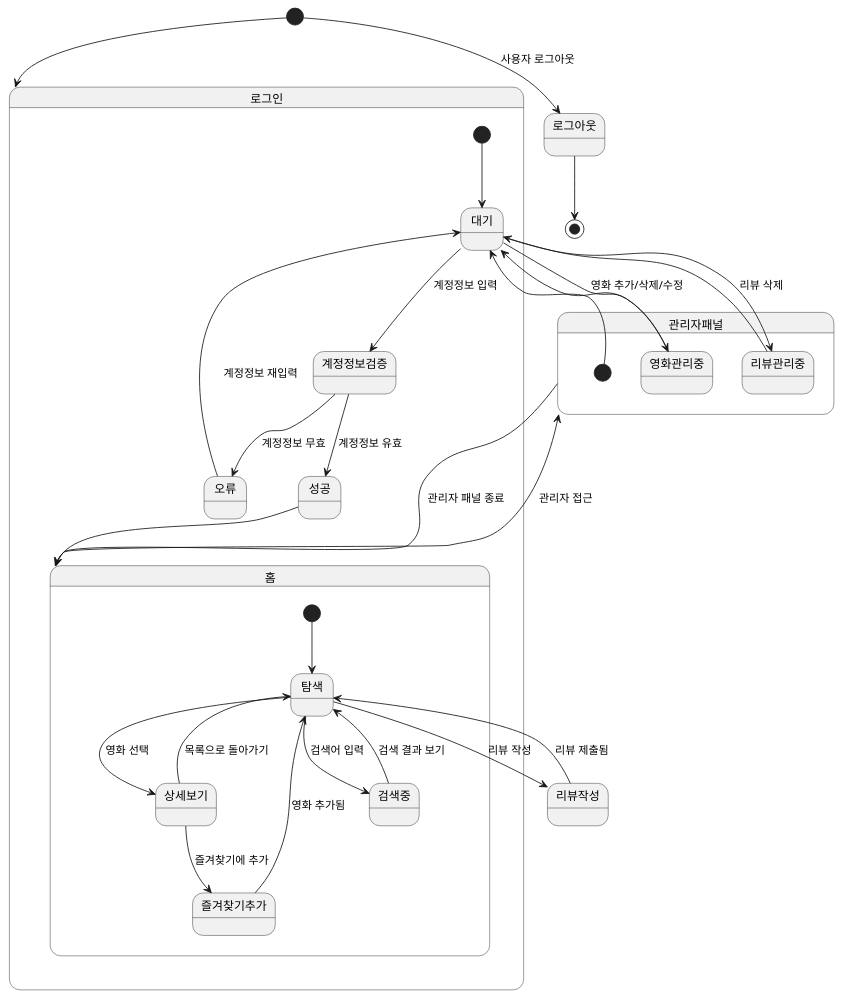
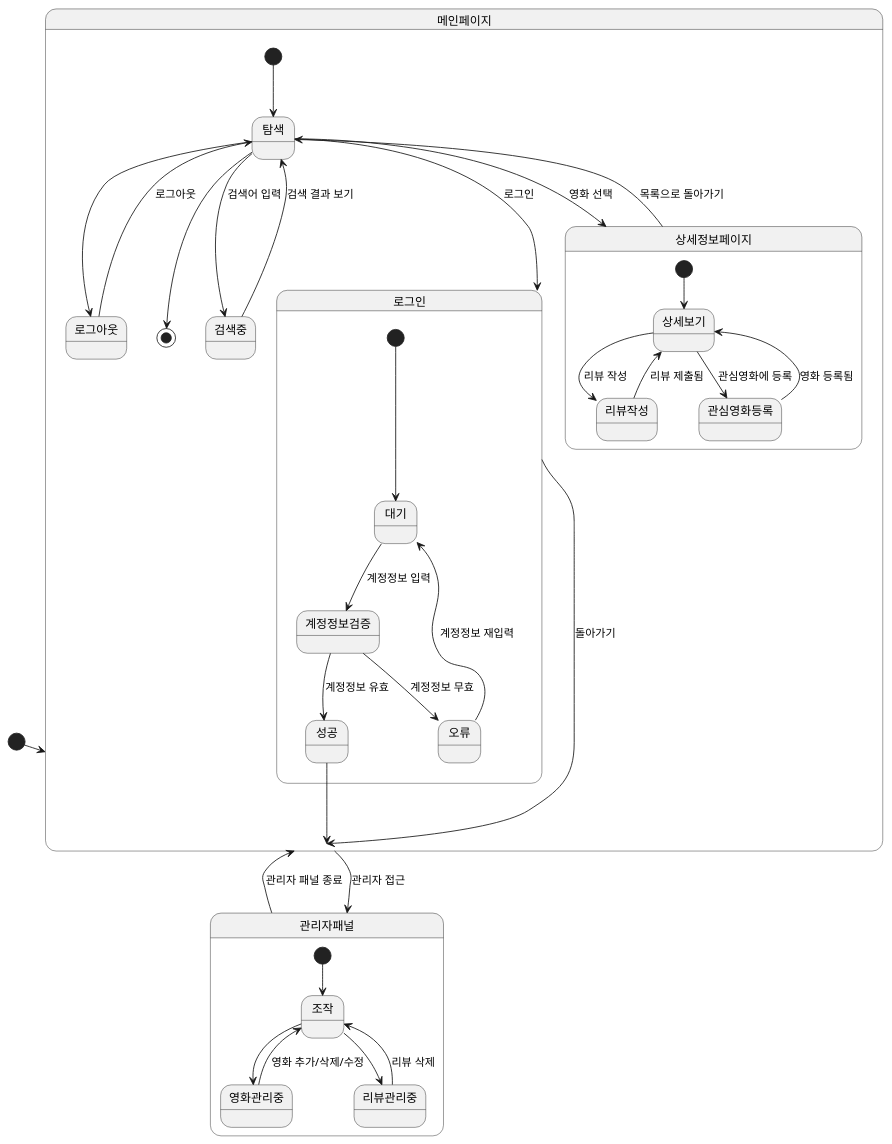
The diagram in src/state.puml (marmot8080/SWE), drawn with PlantUML before and after one commit.

Commit message:
Update state diagram

```diff
--- a/src/state.puml
+++ b/src/state.puml
@@ -1,40 +1,57 @@
 @startuml
 
-[*] --> 로그인
+[*] --> 메인페이지
+
+state 메인페이지 {
+  [*] --> 탐색
+
+  탐색 --> 로그인 : 로그인
+
+  탐색 --> 로그아웃
+  로그아웃 --> 탐색 : 로그아웃
+
+  탐색 --> 검색중 : 검색어 입력
+  검색중 --> 탐색 : 검색 결과 보기
+
+  탐색 --> 상세정보페이지 : 영화 선택
+  상세정보페이지 --> 탐색 : 목록으로 돌아가기
+
+  탐색 --> [*]
+}
 
 state 로그인 {
   [*] --> 대기
+
   대기 --> 계정정보검증 : 계정정보 입력
+
   계정정보검증 --> 성공 : 계정정보 유효
   계정정보검증 --> 오류 : 계정정보 무효
+
   오류 --> 대기 : 계정정보 재입력
-  성공 --> 홈
+  성공 --> 메인페이지
 }
 
-state 홈 {
-  [*] --> 탐색
-  탐색 --> 검색중 : 검색어 입력
-  검색중 --> 탐색 : 검색 결과 보기
-  탐색 --> 상세보기 : 영화 선택
-  상세보기 --> 탐색 : 목록으로 돌아가기
-  상세보기 --> 즐겨찾기추가 : 즐겨찾기에 추가
-  즐겨찾기추가 --> 탐색 : 영화 추가됨
+state 상세정보페이지 {
+  [*] --> 상세보기
+  상세보기 --> 리뷰작성 : 리뷰 작성
+  리뷰작성 --> 상세보기 : 리뷰 제출됨
+  상세보기 --> 관심영화등록 : 관심영화에 등록
+  관심영화등록 --> 상세보기 : 영화 등록됨
 }
 
 state 관리자패널 {
-  [*] --> 대기
-  대기 --> 영화관리중 : 영화 추가/삭제/수정
-  대기 --> 리뷰관리중 : 리뷰 삭제
-  영화관리중 --> 대기
-  리뷰관리중 --> 대기
+  [*] --> 조작
+
+  영화관리중 --> 조작 : 영화 추가/삭제/수정
+  조작 --> 영화관리중
+
+  리뷰관리중 --> 조작 : 리뷰 삭제
+  조작 --> 리뷰관리중
 }
 
-홈 --> 관리자패널 : 관리자 접근
-관리자패널 --> 홈 : 관리자 패널 종료
-탐색 --> 리뷰작성 : 리뷰 작성
-리뷰작성 --> 탐색 : 리뷰 제출됨
+로그인 --> 메인페이지 : 돌아가기
 
-[*] --> 로그아웃 : 사용자 로그아웃
-로그아웃 --> [*]
+메인페이지 --> 관리자패널 : 관리자 접근
+관리자패널 --> 메인페이지 : 관리자 패널 종료
 
 @enduml
```
